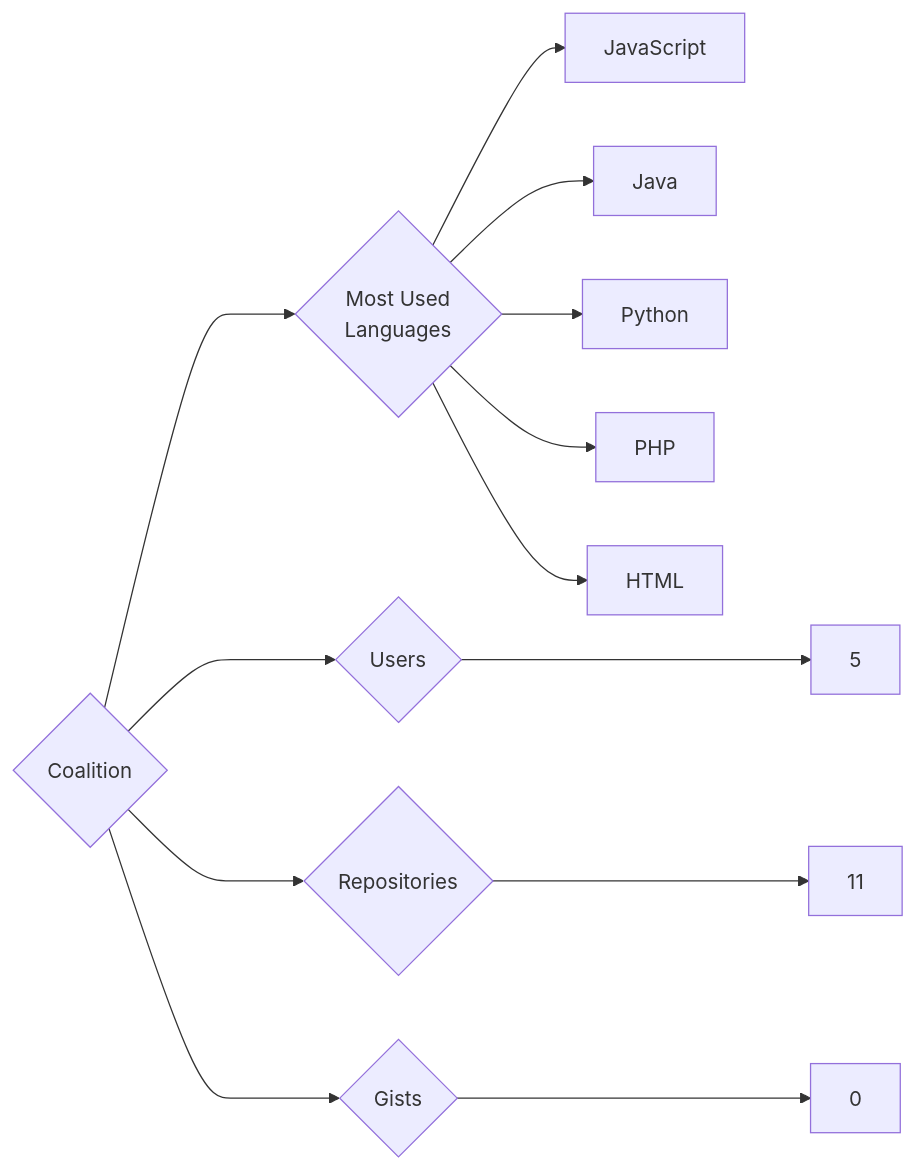
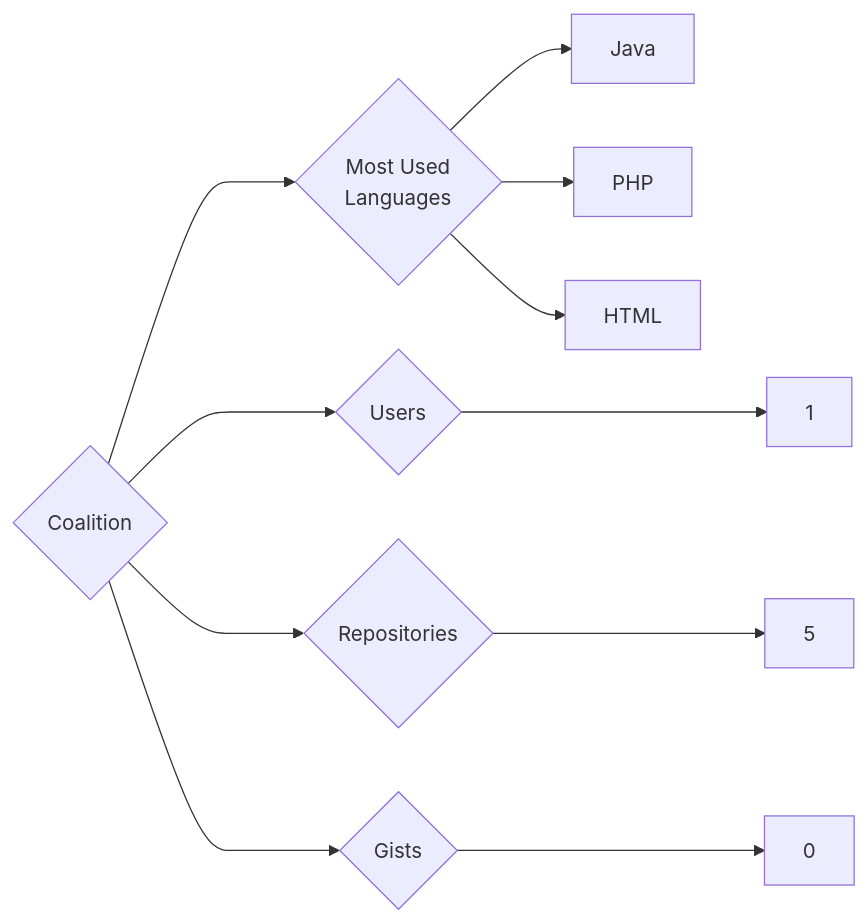
One commit to trickest/insiders changed the diagram in targets/Coalition/README.md. Above: the diagram before and after it, drawn with Mermaid. The commit also changed 924 other files, not shown here.

````diff
--- a/targets/Coalition/README.md
+++ b/targets/Coalition/README.md
@@ -3,13 +3,11 @@
 ```mermaid
 graph LR
 COMPANY_NAME{Coalition}
-COMPANY_NAME ---> U{Users} ---> UN[5]
-COMPANY_NAME ---> R{Repositories} ---> RN[11]
+COMPANY_NAME ---> U{Users} ---> UN[1]
+COMPANY_NAME ---> R{Repositories} ---> RN[5]
 COMPANY_NAME ---> G{Gists} ---> GN[0]
 COMPANY_NAME ---> ML{Most Used<br>Languages}
-ML --> JavaScript[JavaScript]
 ML --> Java[Java]
-ML --> Python[Python]
 ML --> PHP[PHP]
 ML --> HTML[HTML]
 ```
````
